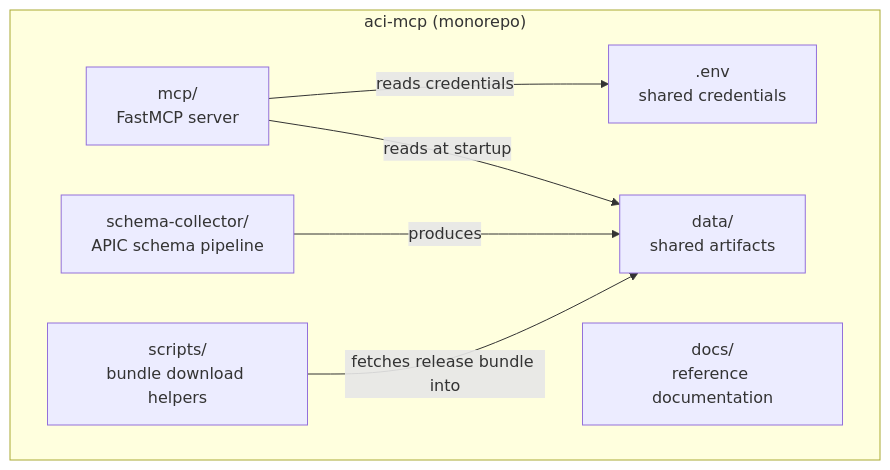
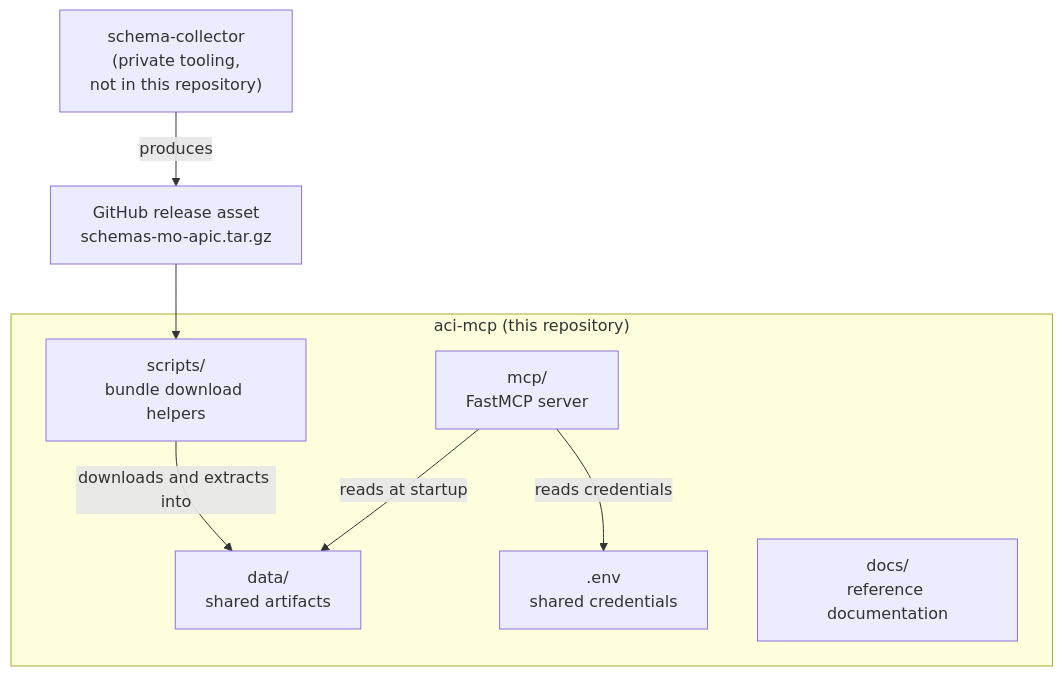
One commit to k3l0-dev/aci-mcp changed the first of 3 diagrams in docs/architecture/overview.md. Above: the diagram before and after it, drawn with Mermaid. The commit also changed other lines of this file and 1 other file, not shown here.

Commit message:
docs: stop referencing collector files and layout that do not exist publicly
Two related inaccuracies, both about a directory readers cannot see.

main.py's module docstring pointed at a `schema-collector/gen_descriptions.py`
that no longer exists: 0.3.0 merged four standalone scripts into a single click
CLI, `aci-collect`. It now names the pipeline step instead.

overview.md placed schema-collector/ inside the "Monorepo layout" subgraph.
.gitignore excludes it in full — `git ls-files` returns nothing for it — so
anyone cloning this repository finds no such directory and no way to produce
data/ by the documented route. The collection methodology is deliberately not
published. The diagram now shows it as an external producer feeding the release
asset that scripts/download-schemas.sh consumes, which is the path a reader can
actually follow.

(The same correction was applied to CLAUDE.md, which is gitignored and so does
not appear in this diff.)

````diff
--- a/docs/architecture/overview.md
+++ b/docs/architecture/overview.md
@@ -13,16 +13,19 @@
 ```mermaid
 graph TD
-    subgraph repo["aci-mcp (monorepo)"]
+    subgraph repo["aci-mcp (this repository)"]
         mcp["mcp/\nFastMCP server"]
-        collector["schema-collector/\nAPIC schema pipeline"]
         data["data/\nshared artifacts"]
         env[".env\nshared credentials"]
         docs["docs/\nreference documentation"]
         scripts["scripts/\nbundle download helpers"]
     end
 
-    collector -->|"produces"| data
+    collector["schema-collector\n(private tooling,\nnot in this repository)"]
+    release["GitHub release asset\nschemas-mo-apic.tar.gz"]
+
+    collector -->|"produces"| release
+    scripts -->|"downloads and extracts into"| data
+    release --> scripts
     mcp -->|"reads at startup"| data
     mcp -->|"reads credentials"| env
-    scripts -->|"fetches release bundle into"| data
 ```
````
